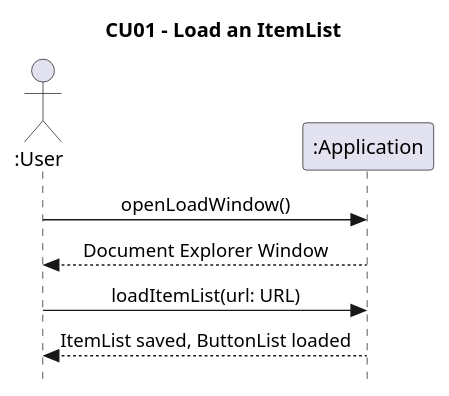
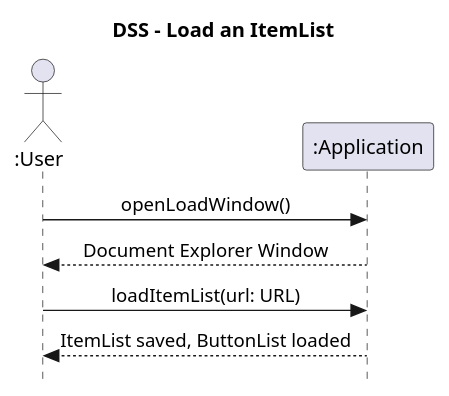
The diagram in docs/DSS/cu01_LoadList.puml (vexys001/RandoTracker), drawn with PlantUML before and after one commit. The commit also changed 3 other files, not shown here.

```diff
--- a/docs/DSS/cu01_LoadList.puml
+++ b/docs/DSS/cu01_LoadList.puml
@@ -1,17 +1,17 @@
 @startuml 
 skinparam style strictuml
 skinparam DefaultFontName Verdana
 skinparam backgroundcolor transparent
 skinparam sequenceMessageAlign center
-title CU01 - Load an ItemList
+title DSS - Load an ItemList
 
 actor ":User" as u
 participant ":Application" as a 
 
 u -> a : openLoadWindow()
 a --> u : Document Explorer Window
 
 u -> a : loadItemList(url: URL)
 a --> u : ItemList saved, ButtonList loaded
 
 @enduml
```
